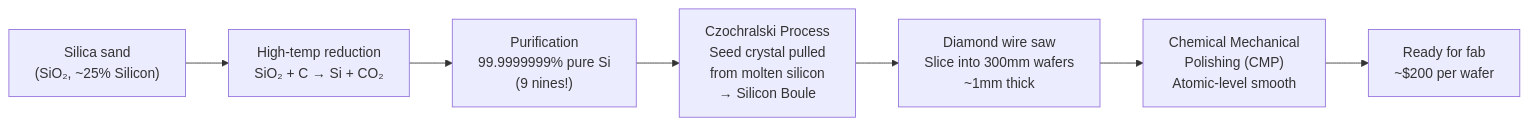
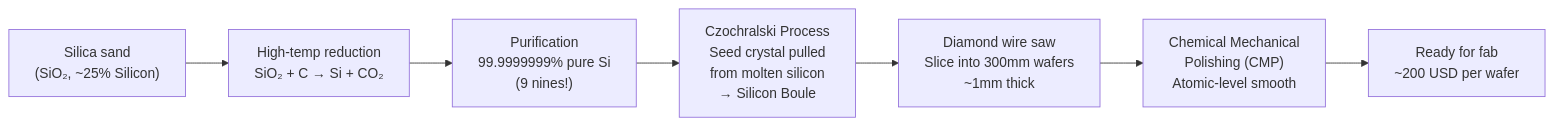
Before and after one commit to peterlyeung/Learn_Semiconductors: the third of 14 diagrams in Chapter_05_Chip_Manufacturing.md, drawn with Mermaid. The commit also changed other lines of this file and 3 other files, not shown here.

Commit message:
Fix Mermaid KaTeX errors: replace all dollar signs in diagram node labels

````diff
--- a/Chapter_05_Chip_Manufacturing.md
+++ b/Chapter_05_Chip_Manufacturing.md
@@ -56,9 +56,9 @@
 ```mermaid
 flowchart LR
     Sand["Silica sand\n(SiO₂, ~25% Silicon)"] --> Reduction["High-temp reduction\nSiO₂ + C → Si + CO₂"]
     Reduction --> Purify["Purification\n99.9999999% pure Si\n(9 nines!)"]
     Purify --> Crystal["Czochralski Process\nSeed crystal pulled\nfrom molten silicon\n→ Silicon Boule"]
     Crystal --> Slice["Diamond wire saw\nSlice into 300mm wafers\n~1mm thick"]
     Slice --> Polish["Chemical Mechanical\nPolishing (CMP)\nAtomic-level smooth"]
-    Polish --> Ready["Ready for fab\n~$200 per wafer"]
+    Polish --> Ready["Ready for fab\n~200 USD per wafer"]
 ```
````
